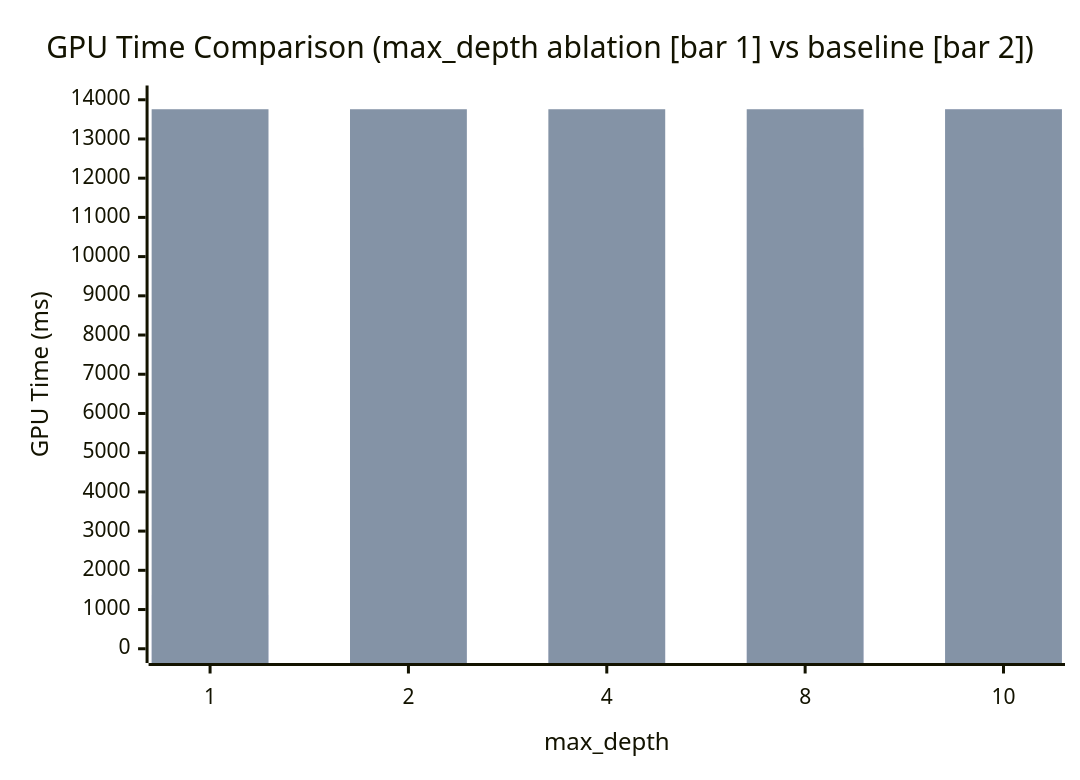
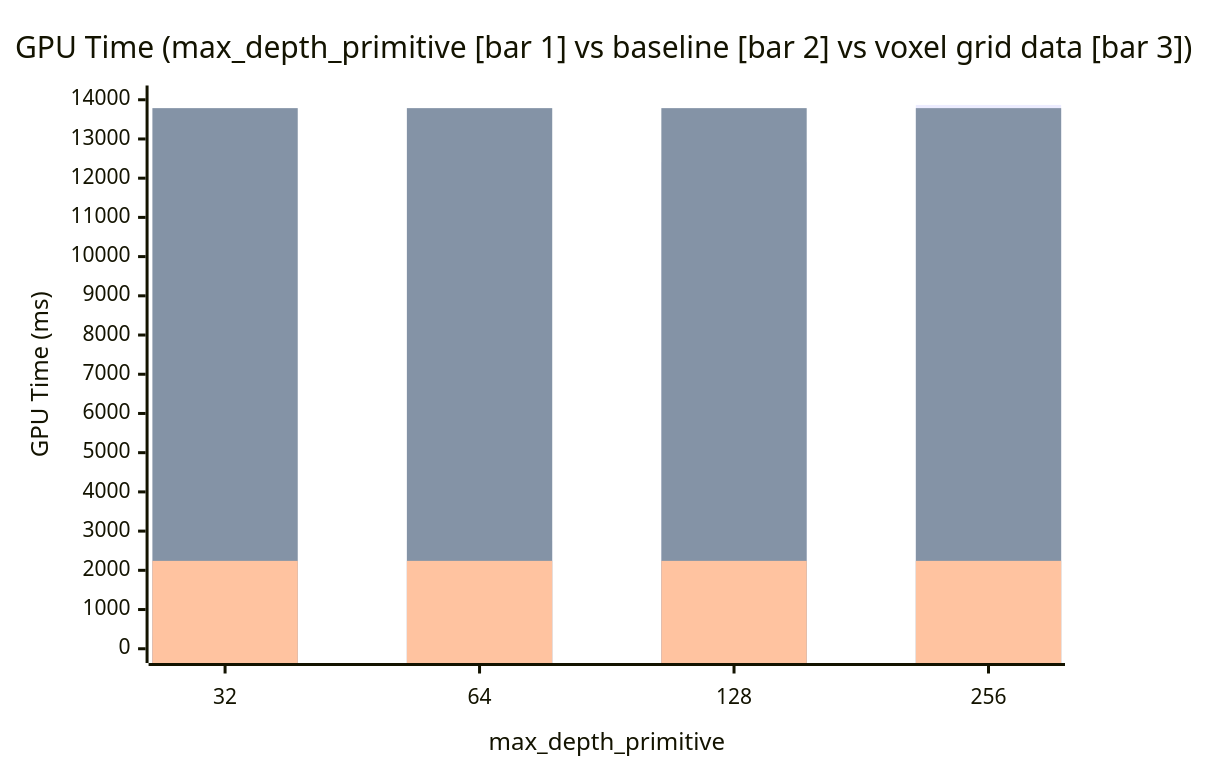
Before and after one commit to VENUSXK/pages: the sixth of 12 diagrams in content/docs/GaborRT/exp-20261023.mdx, drawn with Mermaid. The commit also changed other lines of this file and 3 other files, not shown here.

````diff
--- a/content/docs/GaborRT/exp-20261023.mdx
+++ b/content/docs/GaborRT/exp-20261023.mdx
@@ -541,8 +719,9 @@
 ```mermaid
 xychart-beta
-    title "GPU Time Comparison (max_depth ablation [bar 1] vs baseline [bar 2])"
-    x-axis "max_depth" [1, 2, 4, 8, 10]
+    title "GPU Time (max_depth_primitive [bar 1] vs baseline [bar 2] vs voxel grid data [bar 3])"
+    x-axis "max_depth_primitive" [32, 64, 128, 256]
     y-axis "GPU Time (ms)" 0 --> 14000
-    bar [1370.48, 4734.41, 8627.91, 12781.81, 13758.01]
-    bar [13758.01, 13758.01, 13758.01, 13758.01, 13758.01]
+    bar [320.39, 2748.79, 12406.18, 13868.53]
+    bar [13786.08, 13786.08, 13786.08, 13786.08]
+    bar [2240.92, 2240.92, 2240.92, 2240.92]
 ```
````
